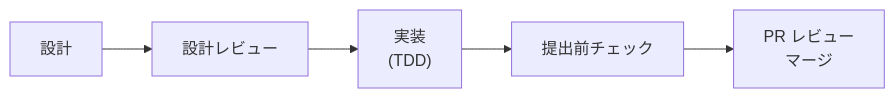
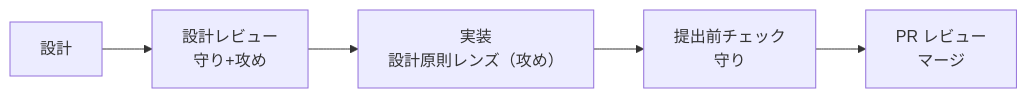
One commit to ka2kama/ringiflow changed the second of 3 diagrams in README.md. Above: the diagram before and after it, drawn with Mermaid. The commit also changed other lines of this file and 8 other files, not shown here.

````diff
--- a/README.md
+++ b/README.md
@@ -99,7 +106,7 @@
 ```mermaid
 flowchart LR
-    A["設計"] --> B["設計レビュー"]
-    B --> C["実装<br/>(TDD)"]
-    C --> D["提出前チェック"]
+    A["設計"] --> B["設計レビュー<br/>守り+攻め"]
+    B --> C["実装<br/>設計原則レンズ（攻め）"]
+    C --> D["提出前チェック<br/>守り"]
     D --> E["PR レビュー<br/>マージ"]
 ```
````
